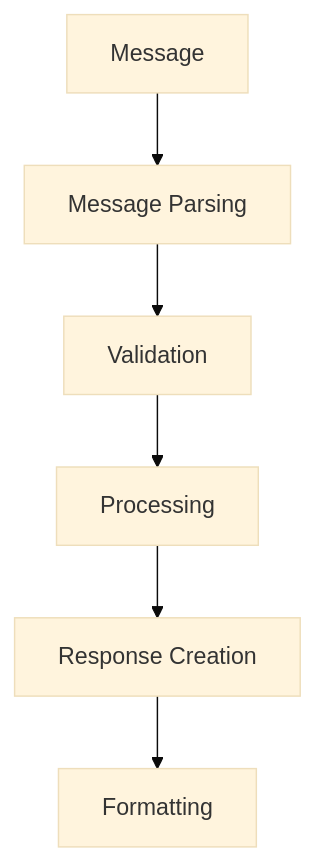
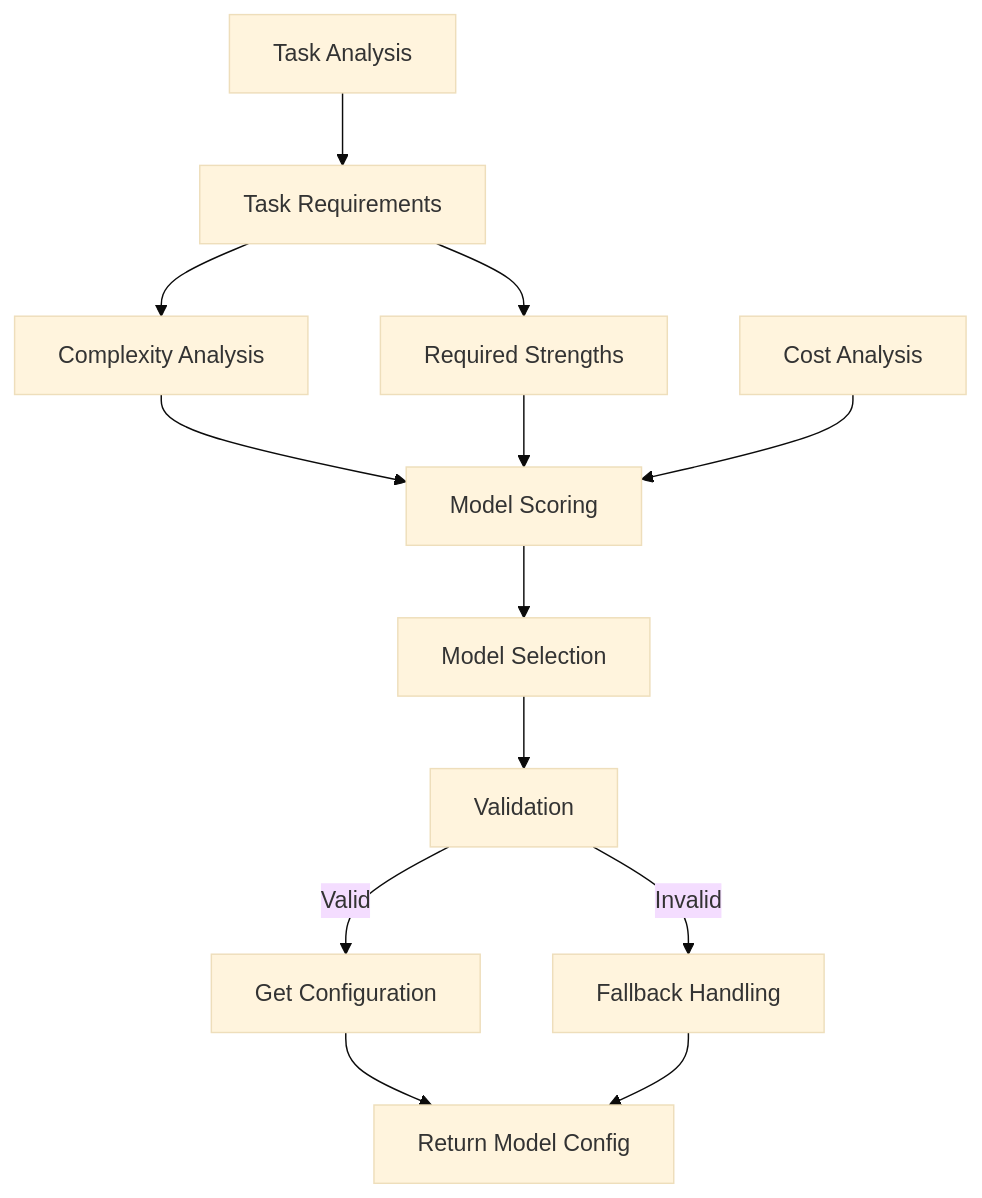
The sixth of 7 diagrams in memory-bank/systemPatterns.md (quanhieu/trip-planner), drawn with Mermaid (base theme) before and after one commit. The commit also changed other lines of this file and 21 other files, not shown here.

````diff
--- a/memory-bank/systemPatterns.md
+++ b/memory-bank/systemPatterns.md
@@ -104,8 +179,18 @@
 ```mermaid
 flowchart TD
-    Message[Message] --> Parsing[Message Parsing]
-    Parsing --> Validation[Validation]
-    Validation --> Processing[Processing]
-    Processing --> Response[Response Creation]
-    Response --> Formatting[Formatting]
+    Task[Task Analysis] --> Requirements[Task Requirements]
+    Requirements --> Complexity[Complexity Analysis]
+    Requirements --> Strengths[Required Strengths]
+
+    Complexity --> Scoring[Model Scoring]
+    Strengths --> Scoring
+    Cost[Cost Analysis] --> Scoring
+
+    Scoring --> Selection[Model Selection]
+    Selection --> Validation[Validation]
+    Validation -->|Valid| Config[Get Configuration]
+    Validation -->|Invalid| Fallback[Fallback Handling]
+
+    Config --> Return[Return Model Config]
+    Fallback --> Return
 ```
````
